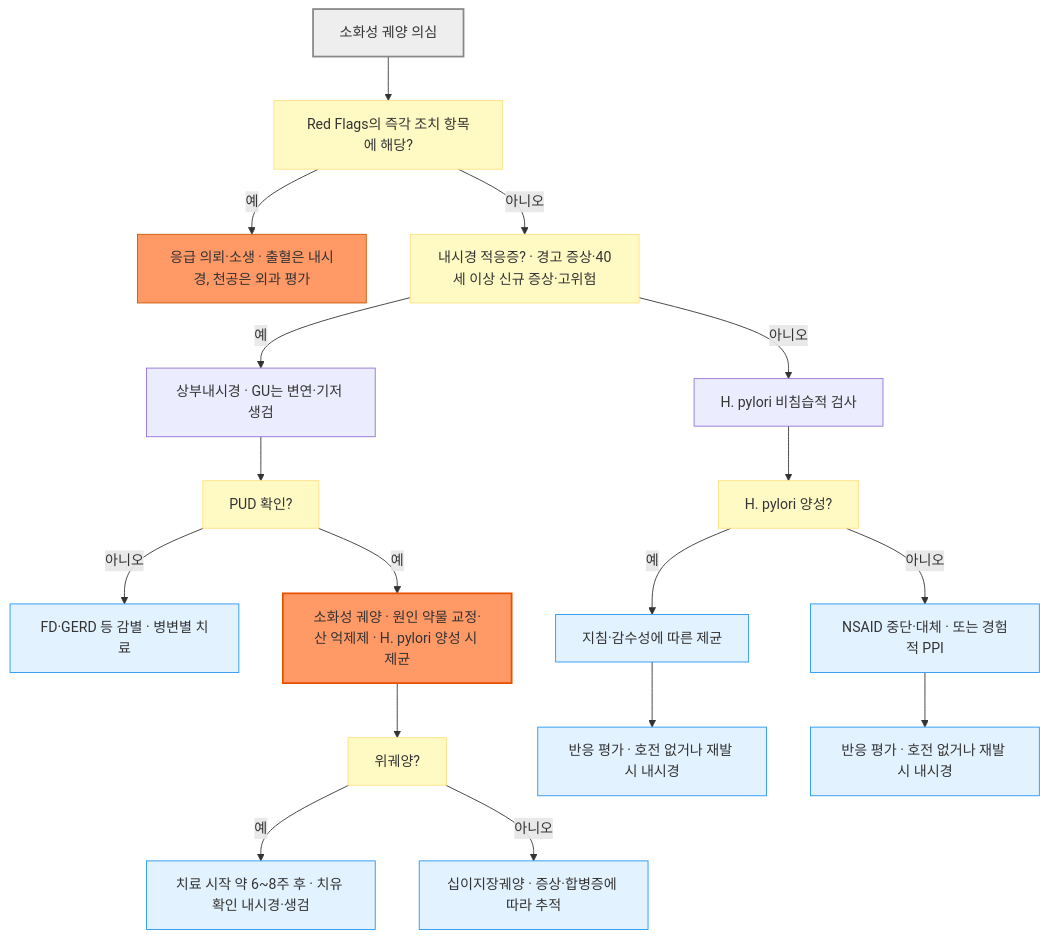
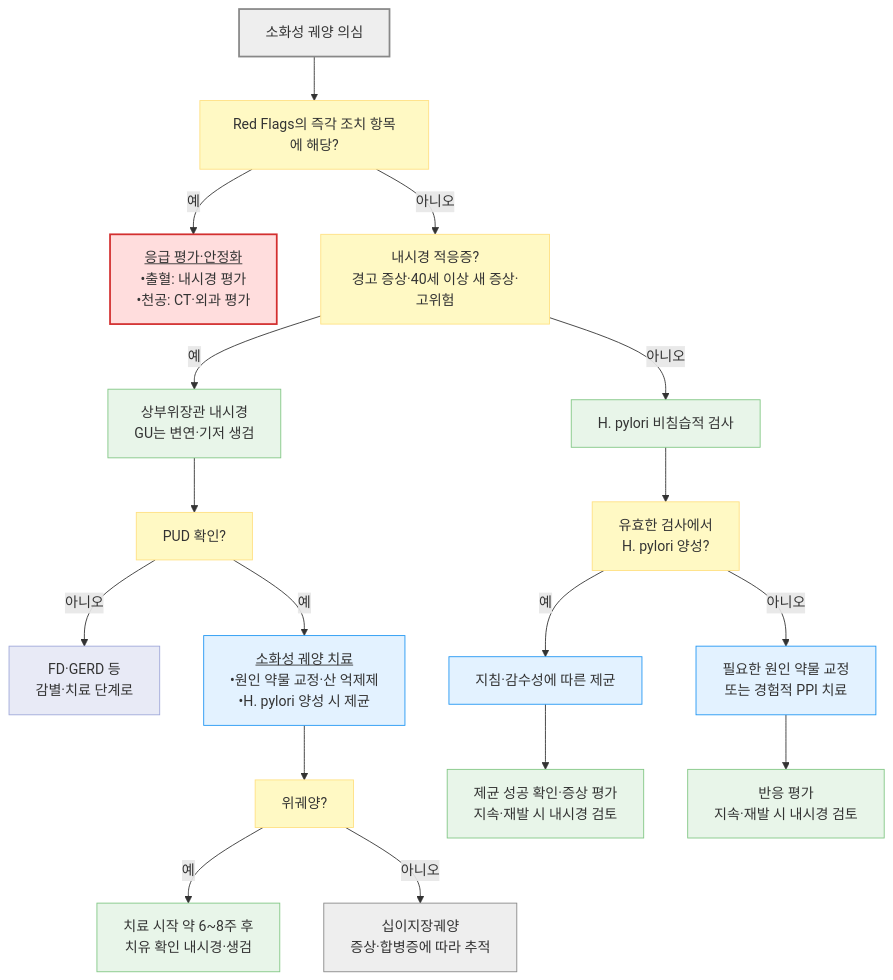
Before and after one commit to familyoh77/familyoh77: the first of 2 diagrams in 224_/079_-peptic-ulcer-pud.md, drawn with Mermaid. The commit also changed other lines of this file and 5 other files, not shown here.

````diff
--- a/224_/079_-peptic-ulcer-pud.md
+++ b/224_/079_-peptic-ulcer-pud.md
@@ -147,27 +147,32 @@
 ```mermaid
 flowchart TD
     A["소화성 궤양 의심"] --> B["Red Flags의 즉각 조치 항목에 해당?"]
-    B -- "예" --> C["응급 의뢰·소생 · 출혈은 내시경, 천공은 외과 평가"]
-    B -- "아니오" --> D["내시경 적응증? · 경고 증상·40세 이상 신규 증상·고위험"]
-    D -- "예" --> E["상부내시경 · GU는 변연·기저 생검"]
+    B -- "예" --> C["<u>응급 평가·안정화</u><br/>•출혈: 내시경 평가<br/>•천공: CT·외과 평가"]
+    B -- "아니오" --> D["내시경 적응증?<br/>경고 증상·40세 이상 새 증상·고위험"]
+    D -- "예" --> E["상부위장관 내시경<br/>GU는 변연·기저 생검"]
     D -- "아니오" --> F["H. pylori 비침습적 검사"]
     E --> T["PUD 확인?"]
-    T -- "아니오" --> V["FD·GERD 등 감별 · 병변별 치료"]
-    T -- "예" --> U["소화성 궤양 · 원인 약물 교정·산 억제제 · H. pylori 양성 시 제균"]
+    T -- "아니오" --> V["FD·GERD 등<br/>감별·치료 단계로"]
+    T -- "예" --> U["<u>소화성 궤양 치료</u><br/>•원인 약물 교정·산 억제제<br/>•H. pylori 양성 시 제균"]
     U --> M["위궤양?"]
-    M -- "예" --> N["치료 시작 약 6~8주 후 · 치유 확인 내시경·생검"]
-    M -- "아니오" --> O["십이지장궤양 · 증상·합병증에 따라 추적"]
-    F --> G["H. pylori 양성?"]
+    M -- "예" --> N["치료 시작 약 6~8주 후<br/>치유 확인 내시경·생검"]
+    M -- "아니오" --> O["십이지장궤양<br/>증상·합병증에 따라 추적"]
+    F --> G["유효한 검사에서<br/>H. pylori 양성?"]
     G -- "예" --> H["지침·감수성에 따른 제균"]
-    G -- "아니오" --> I["NSAID 중단·대체 · 또는 경험적 PPI"]
-    H --> L1["반응 평가 · 호전 없거나 재발 시 내시경"]
-    I --> L2["반응 평가 · 호전 없거나 재발 시 내시경"]
+    G -- "아니오" --> I["필요한 원인 약물 교정<br/>또는 경험적 PPI 치료"]
+    H --> L1["제균 성공 확인·증상 평가<br/>지속·재발 시 내시경 검토"]
+    I --> L2["반응 평가<br/>지속·재발 시 내시경 검토"]
 
     style A fill:#eeeeee,stroke:#888888,stroke-width:2px
-    style U fill:#f96,stroke:#e65100,stroke-width:2px
-    style C fill:#ff9966,stroke:#cc5500
+    style U fill:#e3f2ff,stroke:#2196f3
+    style C fill:#ffdddd,stroke:#d32f2f,stroke-width:2px
     classDef question fill:#fff9c4,stroke:#ffe082
     class B,D,T,M,G question
     classDef sky fill:#e3f2ff,stroke:#2196f3
-    class H,I,N,O,V,L1,L2 sky
+    class H,I sky
+    classDef test fill:#e8f5e9,stroke:#81c784
+    class E,F,N,L1,L2 test
+    classDef neutral fill:#eeeeee,stroke:#888888
+    class O neutral
+    style V fill:#e8eaf6,stroke:#9fa8da
 ```
````
